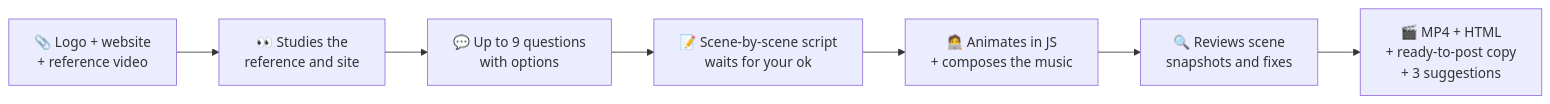
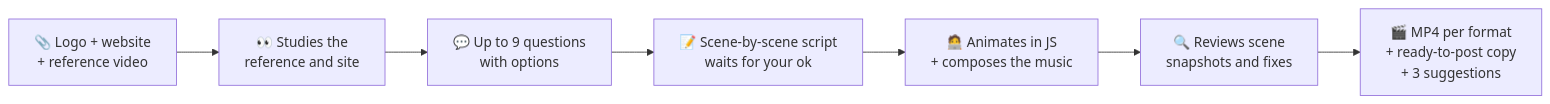
One commit to flavioduque/Jsmotion-skill changed the diagram in README.en.md. Above: the diagram before and after it, drawn with Mermaid. The commit also changed other lines of this file and 230 other files, not shown here.

````diff
--- a/README.en.md
+++ b/README.en.md
@@ -311,9 +311,9 @@
 ```mermaid
 flowchart LR
     A["📎 Logo + website<br/>+ reference video"] --> B["👀 Studies the<br/>reference and site"]
     B --> C["💬 Up to 9 questions<br/>with options"]
     C --> D["📝 Scene-by-scene script<br/>waits for your ok"]
     D --> E["🧑‍💻 Animates in JS<br/>+ composes the music"]
     E --> F["🔍 Reviews scene<br/>snapshots and fixes"]
-    F --> G["🎬 MP4 + HTML<br/>+ ready-to-post copy<br/>+ 3 suggestions"]
+    F --> G["🎬 MP4 per format<br/>+ ready-to-post copy<br/>+ 3 suggestions"]
 ```
````
